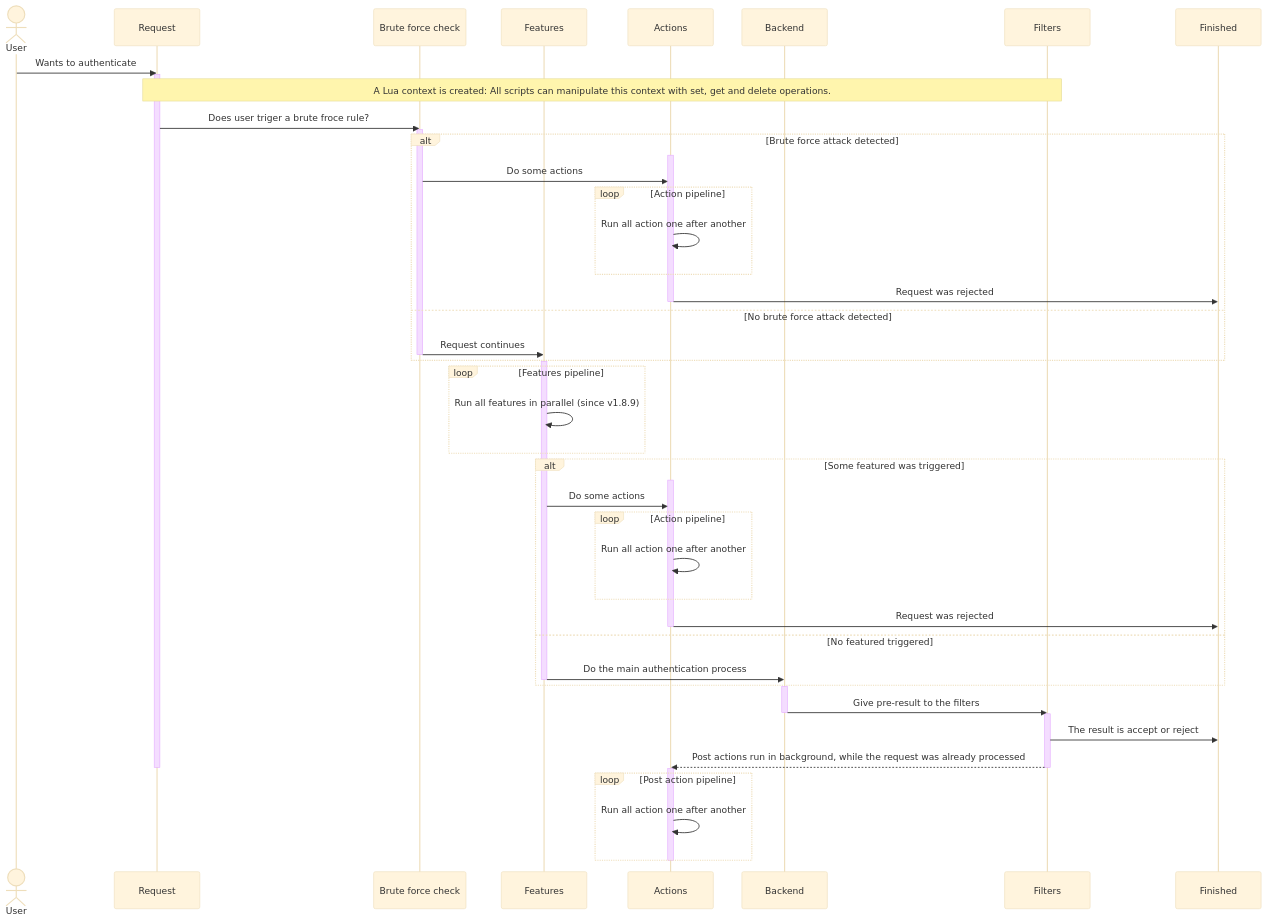
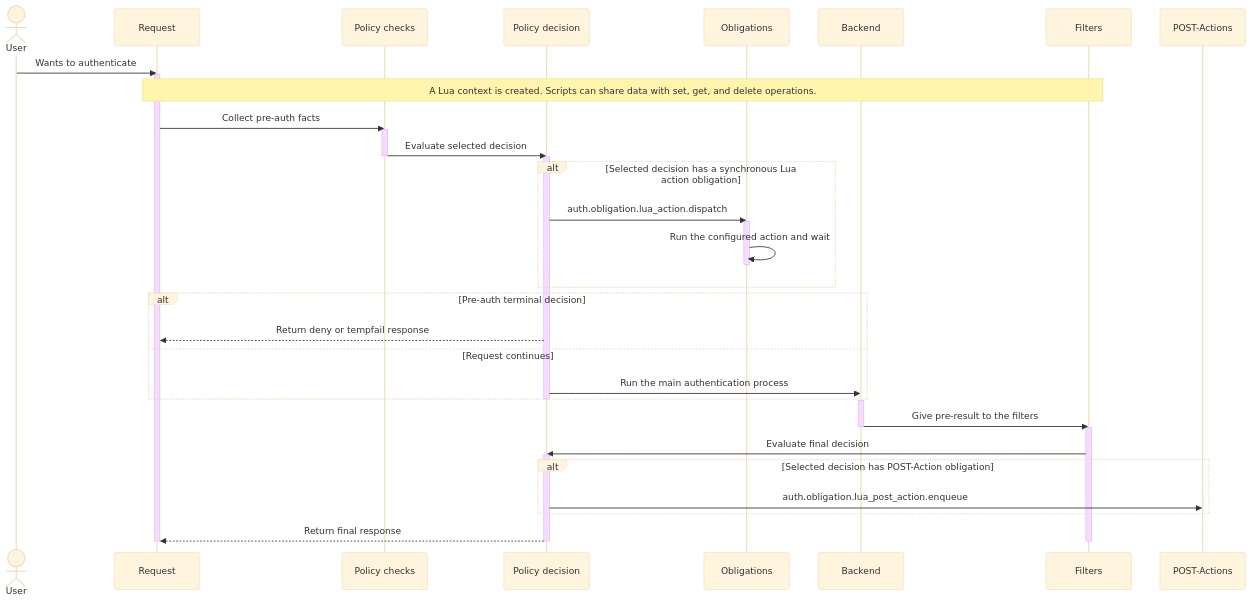
Before and after one commit to croessner/nauthilus-website: the diagram in docs/lua-api/introduction.md, drawn with Mermaid (base theme). The commit also changed other lines of this file and 4 other files, not shown here.

First line of the commit message:
docs: document policy-owned Lua obligations

````diff
--- a/docs/lua-api/introduction.md
+++ b/docs/lua-api/introduction.md
@@ -38,57 +38,44 @@
 ```mermaid
 sequenceDiagram
     actor User
     participant Request
-    participant Brute force check
-    participant Features
-    participant Actions
+    participant Checks as Policy checks
+    participant Policy as Policy decision
+    participant Obligations
     participant Backend
     participant Filters
-    participant Finished
+    participant Post as POST-Actions
     User->>Request: Wants to authenticate
     activate Request
-    Note over Request,Filters:A Lua context is created: All scripts can manipulate this context with set, get and delete operations.  
-    Request->>Brute force check:Does user triger a brute froce rule?
-    activate Brute force check
-    alt Brute force attack detected
-    activate Actions
-    Brute force check->>Actions:Do some actions
-    loop Action pipeline
-    Actions->>Actions: Run all action one after another
+    Note over Request,Filters:A Lua context is created. Scripts can share data with set, get, and delete operations.
+    Request->>Checks: Collect pre-auth facts
+    activate Checks
+    Checks->>Policy: Evaluate selected decision
+    deactivate Checks
+    activate Policy
+    alt Selected decision has a synchronous Lua action obligation
+    Policy->>Obligations: auth.obligation.lua_action.dispatch
+    activate Obligations
+    Obligations->>Obligations: Run the configured action and wait
+    deactivate Obligations
     end
-    Actions->>Finished:Request was rejected
-    deactivate Actions
-    else No brute force attack detected
-    Brute force check->>Features:Request continues
-    deactivate Brute force check
+    alt Pre-auth terminal decision
+    Policy-->>Request: Return deny or tempfail response
+    else Request continues
+    Policy->>Backend: Run the main authentication process
     end
-    activate Features
-    loop Features pipeline
-    Features->>Features:Run all features in parallel (since v1.8.9)
-    end
-    alt Some featured was triggered
-    activate Actions
-    Features->>Actions:Do some actions
-    loop Action pipeline
-      Actions->>Actions:Run all action one after another
-    end
-    Actions->>Finished:Request was rejected
-    deactivate Actions
-    else No featured triggered
-    Features->>Backend:Do the main authentication process
-    deactivate Features
-    end
+    deactivate Policy
     activate Backend
-    Backend->>Filters:Give pre-result to the filters
+    Backend->>Filters: Give pre-result to the filters
     deactivate Backend
     activate Filters
-    Filters->>Finished:The result is accept or reject 
-    Filters-->>Actions:Post actions run in background, while the request was already processed
+    Filters->>Policy: Evaluate final decision
+    activate Policy
+    alt Selected decision has POST-Action obligation
+    Policy->>Post: auth.obligation.lua_post_action.enqueue
+    end
+    Policy-->>Request: Return final response
+    deactivate Policy
     deactivate Filters
     deactivate Request
-    activate Actions
-    loop Post action pipeline
-    Actions->>Actions:Run all action one after another
-    end
-    deactivate Actions
 ```
````
